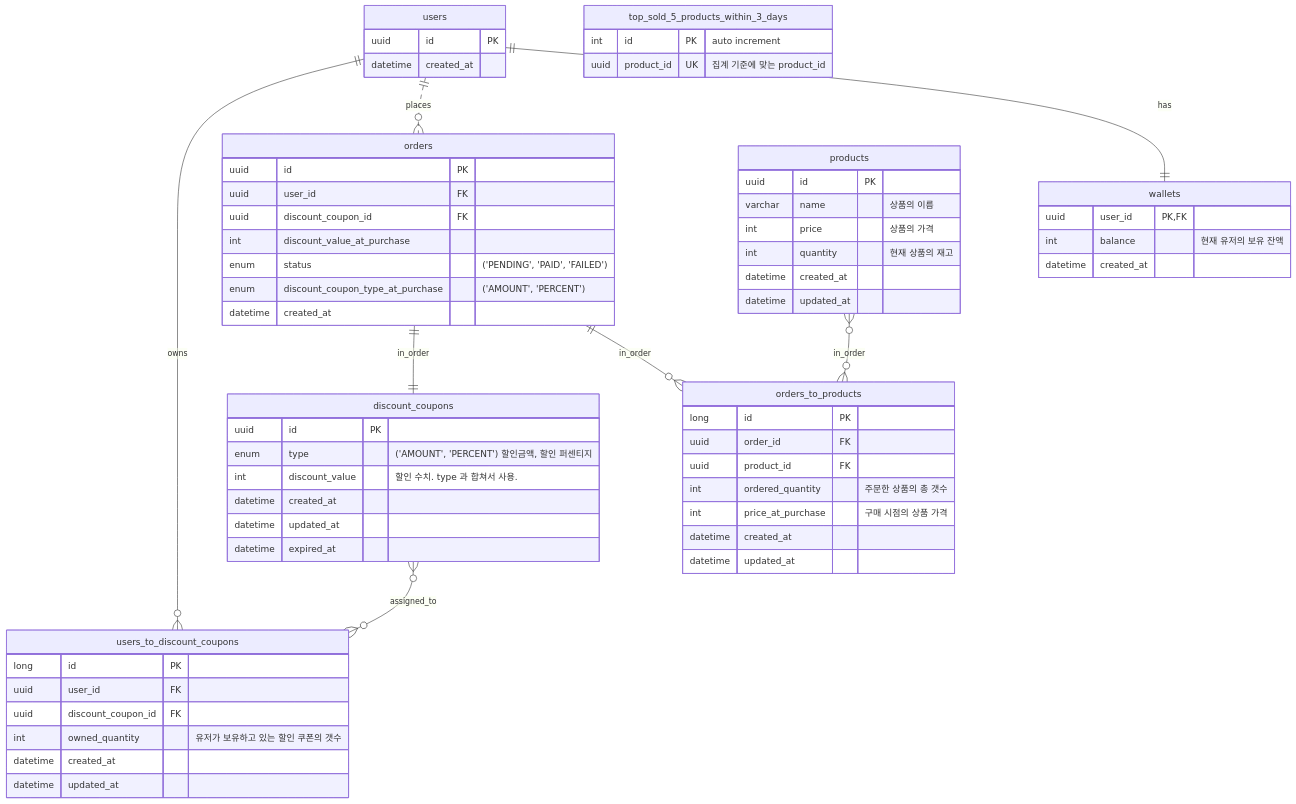
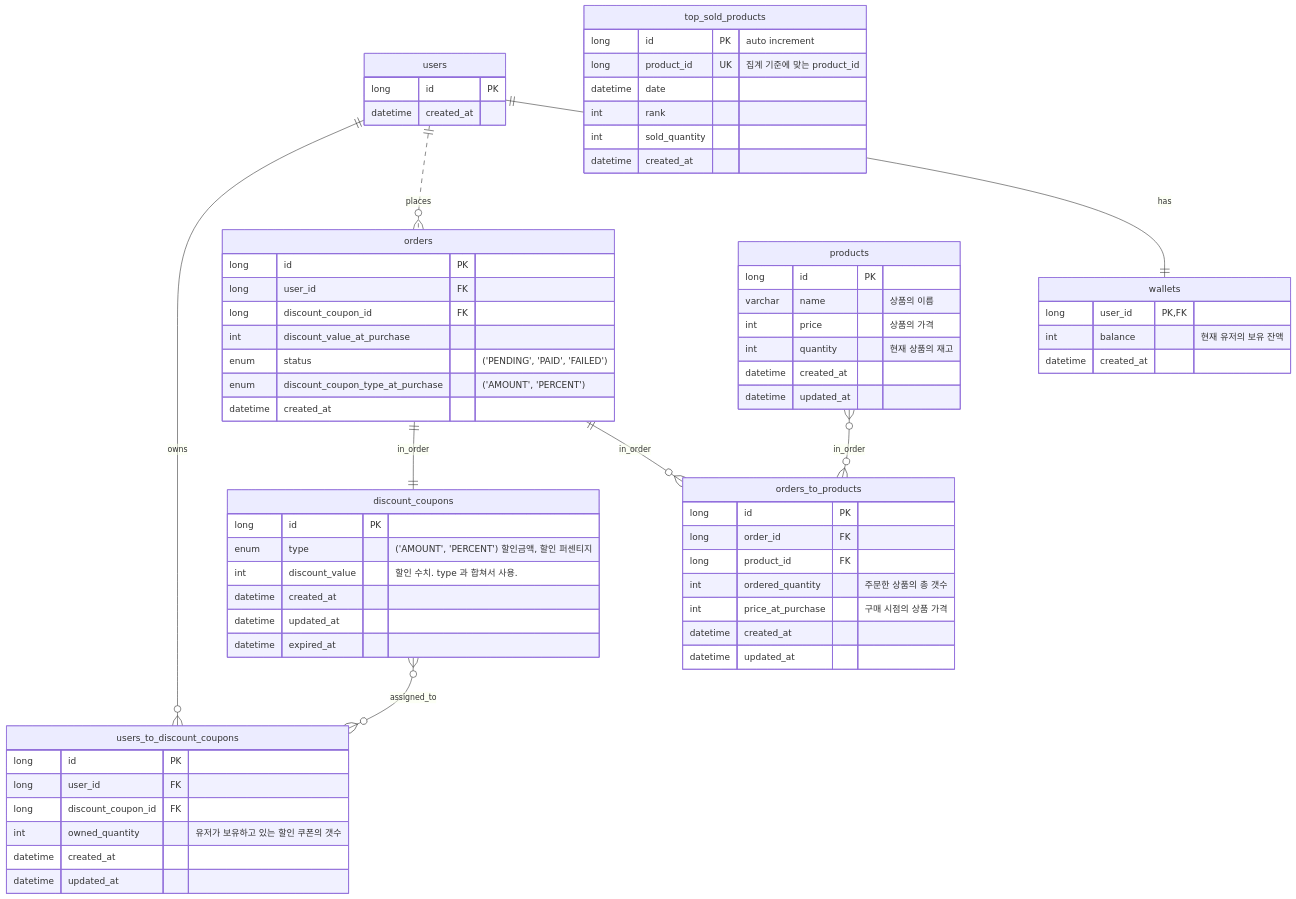
One commit to ysle0/hh99-2nd-instruction-to-mock changed the diagram in docs/erd/erd.md. Above: the diagram before and after it, drawn with Mermaid.

Commit message:
docs: PK uuid -> long
uuid v7 이라 하더라도 대부분의 경우 관리가 힘들고 추가정책등 관리포인트가 너무 늘어나서 long 으로 복구!

```diff
--- a/docs/erd/erd.md
+++ b/docs/erd/erd.md
@@ -5,14 +5,14 @@
     users ||..o{ orders: places
     users ||--o{ users_to_discount_coupons: owns
     users {
-        uuid id PK
+        long id PK
         datetime created_at
     }
 %%  ----- ----- users ----- -----
 
 %%  ----- ----- wallets ----- -----
     wallets {
-        uuid user_id PK, FK
+        long user_id PK, FK
         int balance "현재 유저의 보유 잔액"
         datetime created_at
     }
@@ -21,7 +21,7 @@
 %%  ----- ----- products ----- -----
     products }o--o{ orders_to_products: in_order
     products {
-        uuid id PK
+        long id PK
         varchar name "상품의 이름"
         int price "상품의 가격"
         int quantity "현재 상품의 재고"
@@ -35,9 +35,9 @@
     orders ||--o{ orders_to_products: in_order
     orders ||--|| discount_coupons: in_order
     orders {
-        uuid id PK
-        uuid user_id FK
-        uuid discount_coupon_id FK
+        long id PK
+        long user_id FK
+        long discount_coupon_id FK
         int discount_value_at_purchase
         enum status "('PENDING', 'PAID', 'FAILED')"
         enum discount_coupon_type_at_purchase "('AMOUNT', 'PERCENT')"
@@ -49,7 +49,7 @@
     discount_coupons }o--o{ users_to_discount_coupons: assigned_to
 %%    discount_coupons }o--|| orders_to_discount_coupons: applied_to
     discount_coupons {
-        uuid id PK
+        long id PK
         enum type "('AMOUNT', 'PERCENT') 할인금액, 할인 퍼센티지"
     %%        int quantity "현재 수량"
         int discount_value "할인 수치. type 과 합쳐서 사용."
@@ -59,20 +59,24 @@
     }
 %%  ----- ----- discount_coupons ----- -----
 
-%%  ----- ----- top-sold 5 products within 3 days  ----- -----
-    top_sold_5_products_within_3_days {
-        int id PK "auto increment"
-        uuid product_id UK "집계 기준에 맞는 product_id"
+%%  ----- ----- roll-up top-sold products ----- -----
+    top_sold_products {
+        long id PK "auto increment"
+        long product_id UK "집계 기준에 맞는 product_id"
+        datetime date
+        int rank
+        int sold_quantity
+        datetime created_at
     %% 통계 집계용 테이블로 애초에 고아테이블임.
     %%Event + Procedure 로 30분에 1번 통계 처리를 수행
     }
-%%  ----- ----- top-sold 5 products within 3 days  ----- -----
+%%  ----- ----- roll-up top-sold products ----- -----
 
 %%  ----- ----- orders <-> products ----- -----
     orders_to_products {
         long id PK
-        uuid order_id FK
-        uuid product_id FK
+        long order_id FK
+        long product_id FK
         int ordered_quantity "주문한 상품의 총 갯수"
         int price_at_purchase "구매 시점의 상품 가격"
         datetime created_at
@@ -82,8 +86,8 @@
 %%  ----- ----- orders <-> discount_coupons ----- -----
 %%    orders_to_discount_coupons {
 %%        long id PK
-%%        uuid order_id FK
-%%        uuid discount_coupon_id FK
+%%        long order_id FK
+%%        long discount_coupon_id FK
 %%        int discount_value_at_purchase "구매 시점의 할인 수치, discount_unit_at_purchase 와 함께 사용"
 %%        enum discount_coupon_type_at_purchase "('AMOUNT', 'PERCENT') 할인금액, 할인 퍼센티지. 구매 시점의 할인 쿠폰의 단위"
 %%        bool is_used "할인 쿠폰 사용의 여부"
@@ -95,8 +99,8 @@
 %%  ----- ----- users <-> discount_coupons ----- -----
     users_to_discount_coupons {
         long id PK
-        uuid user_id FK
-        uuid discount_coupon_id FK
+        long user_id FK
+        long discount_coupon_id FK
         int owned_quantity "유저가 보유하고 있는 할인 쿠폰의 갯수"
         datetime created_at
         datetime updated_at
```
